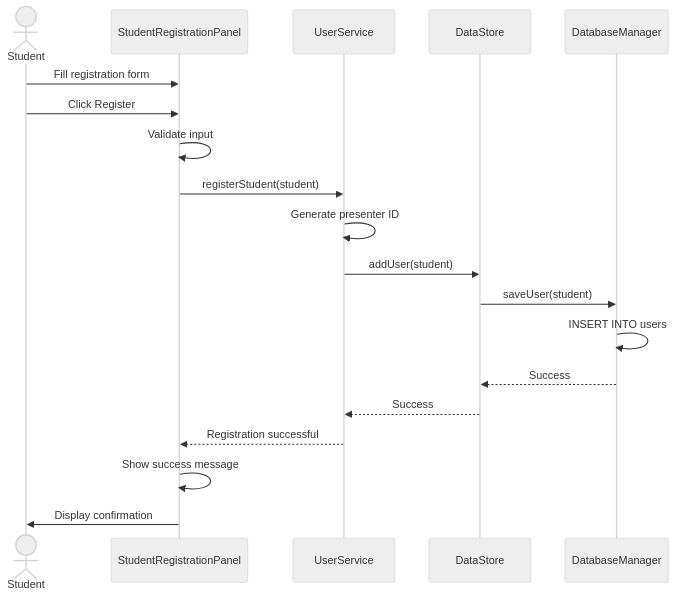
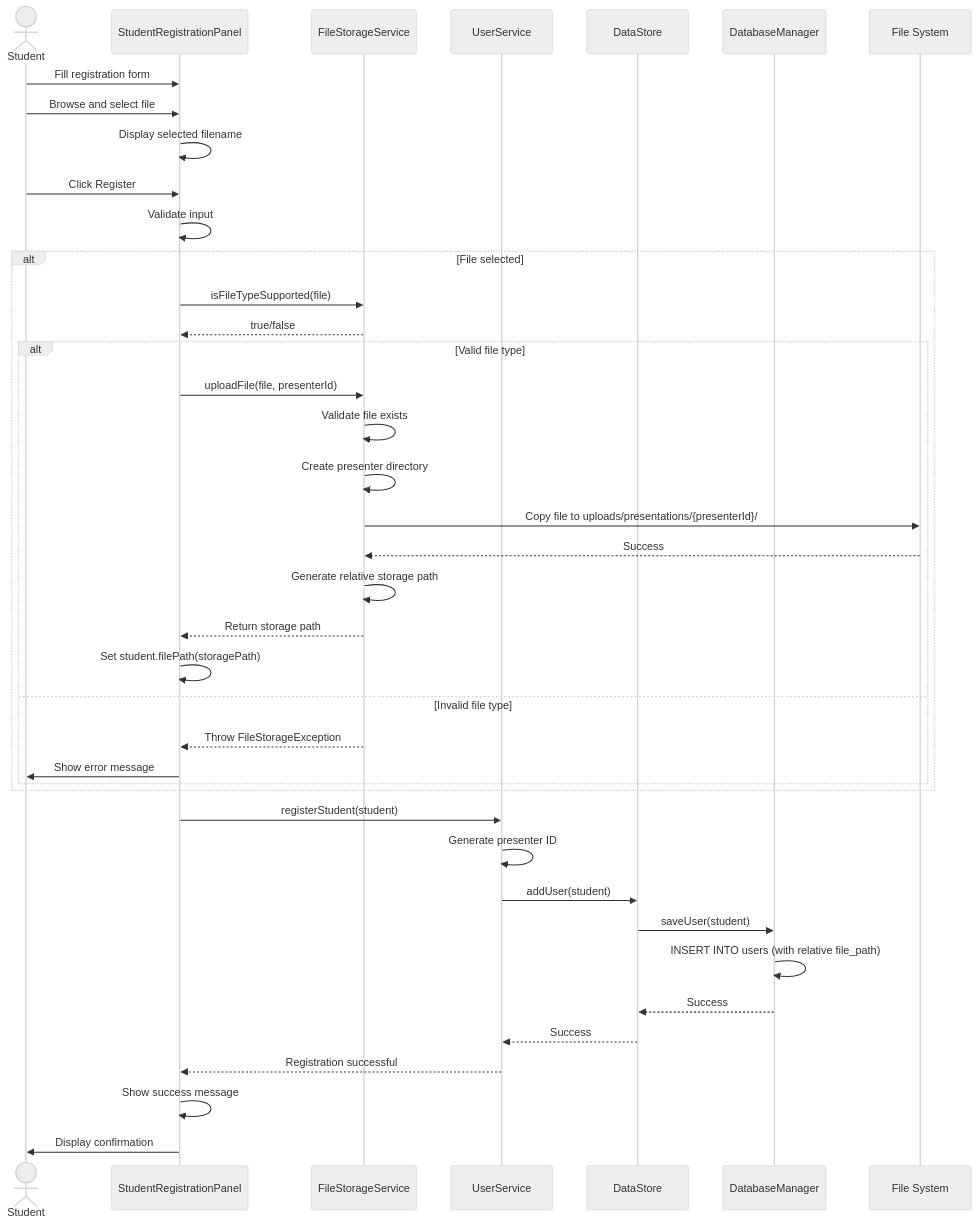
One commit to Jinyuanmak/OOAD-Lab-Exercise changed the fifth of 12 diagrams in UML_DIAGRAMS.md. Above: the diagram before and after it, drawn with Mermaid (neutral theme). The commit also changed other lines of this file and 89 other files, not shown here.

````diff
--- a/UML_DIAGRAMS.md
+++ b/UML_DIAGRAMS.md
@@ -559,22 +596,46 @@
 ```mermaid
 sequenceDiagram
     actor Student
     participant UI as StudentRegistrationPanel
+    participant FileSvc as FileStorageService
     participant Service as UserService
     participant Store as DataStore
     participant DB as DatabaseManager
+    participant FS as File System
     
     Student->>UI: Fill registration form
+    Student->>UI: Browse and select file
+    UI->>UI: Display selected filename
     Student->>UI: Click Register
     UI->>UI: Validate input
+    
+    alt File selected
+        UI->>FileSvc: isFileTypeSupported(file)
+        FileSvc-->>UI: true/false
+        
+        alt Valid file type
+            UI->>FileSvc: uploadFile(file, presenterId)
+            FileSvc->>FileSvc: Validate file exists
+            FileSvc->>FileSvc: Create presenter directory
+            FileSvc->>FS: Copy file to uploads/presentations/{presenterId}/
+            FS-->>FileSvc: Success
+            FileSvc->>FileSvc: Generate relative storage path
+            FileSvc-->>UI: Return storage path
+            UI->>UI: Set student.filePath(storagePath)
+        else Invalid file type
+            FileSvc-->>UI: Throw FileStorageException
+            UI->>Student: Show error message
+        end
+    end
+    
     UI->>Service: registerStudent(student)
     Service->>Service: Generate presenter ID
     Service->>Store: addUser(student)
     Store->>DB: saveUser(student)
-    DB->>DB: INSERT INTO users
+    DB->>DB: INSERT INTO users (with relative file_path)
     DB-->>Store: Success
     Store-->>Service: Success
     Service-->>UI: Registration successful
     UI->>UI: Show success message
     UI->>Student: Display confirmation
 ```
````
